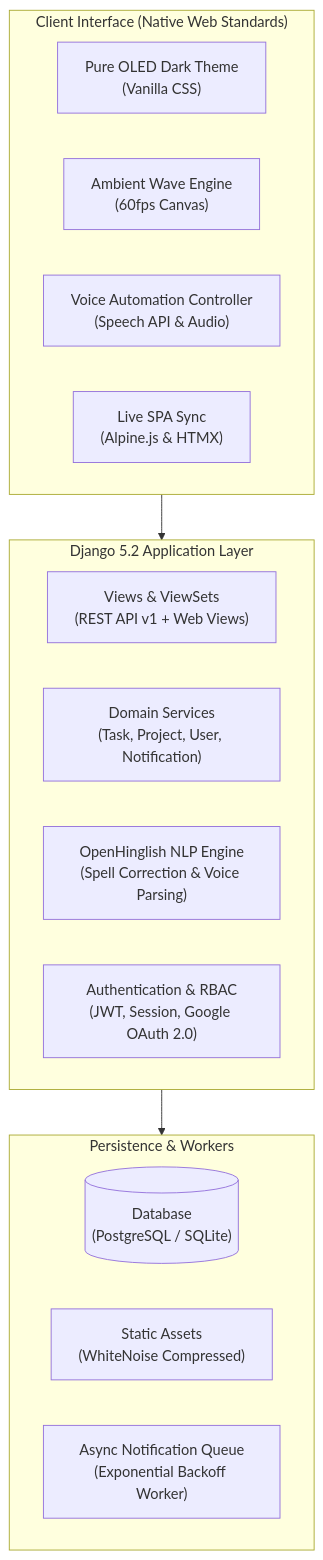
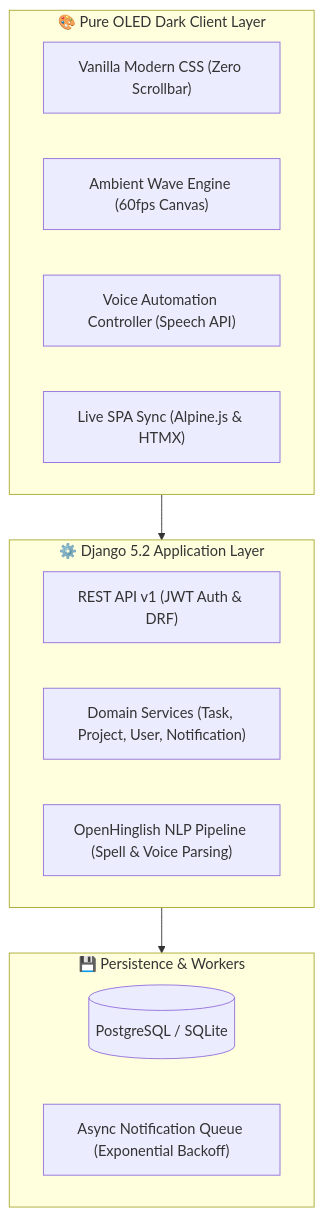
Before and after one commit to logicbyroshan/taskfarmm: the third of 3 diagrams in README.md, drawn with Mermaid. The commit also changed other lines of this file, not shown here.

Commit message:
docs: streamline README into interactive visual format with accordions, Mermaid diagrams, and voice showcase

````diff
--- a/README.md
+++ b/README.md
@@ -170,25 +115,23 @@
 ```mermaid
 graph TD
-    subgraph Client["Client Interface (Native Web Standards)"]
-        UI["Pure OLED Dark Theme\n(Vanilla CSS)"]
-        Canvas["Ambient Wave Engine\n(60fps Canvas)"]
-        Voice["Voice Automation Controller\n(Speech API & Audio)"]
-        SPA["Live SPA Sync\n(Alpine.js & HTMX)"]
+    subgraph Frontend["🎨 Pure OLED Dark Client Layer"]
+        UI["Vanilla Modern CSS (Zero Scrollbar)"]
+        Canvas["Ambient Wave Engine (60fps Canvas)"]
+        Voice["Voice Automation Controller (Speech API)"]
+        DOM["Live SPA Sync (Alpine.js & HTMX)"]
     end
 
-    subgraph Backend["Django 5.2 Application Layer"]
-        Views["Views & ViewSets\n(REST API v1 + Web Views)"]
-        Services["Domain Services\n(Task, Project, User, Notification)"]
-        NLP["OpenHinglish NLP Engine\n(Spell Correction & Voice Parsing)"]
-        Auth["Authentication & RBAC\n(JWT, Session, Google OAuth 2.0)"]
+    subgraph Backend["⚙️ Django 5.2 Application Layer"]
+        API["REST API v1 (JWT Auth & DRF)"]
+        Services["Domain Services (Task, Project, User, Notification)"]
+        NLP["OpenHinglish NLP Pipeline (Spell & Voice Parsing)"]
     end
 
-    subgraph Data["Persistence & Workers"]
-        DB[("Database\n(PostgreSQL / SQLite)")]
-        Static["Static Assets\n(WhiteNoise Compressed)"]
-        Queue["Async Notification Queue\n(Exponential Backoff Worker)"]
+    subgraph Storage["💾 Persistence & Workers"]
+        DB[("PostgreSQL / SQLite")]
+        Queue["Async Notification Queue (Exponential Backoff)"]
     end
 
-    Client --> Backend
-    Backend --> Data
+    Frontend --> Backend
+    Backend --> Storage
 ```
````
